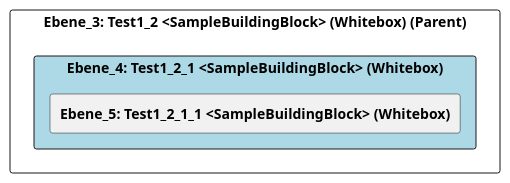
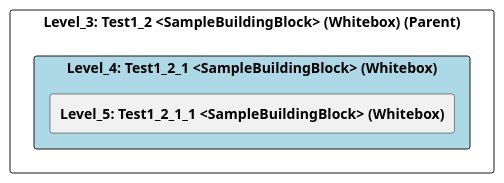
Before and after one commit to marcozwyssig/cleon: the diagram in src/cleon.architecturemethods.arc42.sample/doc/cleon_architecturemethods_arc42_sample_arc42/adoc/de/05_bausteinsicht/chess/test1/test1_2/test1_2_1/ebene_4_test1_2_1.adoc, drawn with PlantUML. The commit also changed other lines of this file and 169 other files, not shown here.

```diff
--- a/src/cleon.architecturemethods.arc42.sample/doc/cleon_architecturemethods_arc42_sample_arc42/adoc/de/05_bausteinsicht/chess/test1/test1_2/test1_2_1/ebene_4_test1_2_1.adoc
+++ b/src/cleon.architecturemethods.arc42.sample/doc/cleon_architecturemethods_arc42_sample_arc42/adoc/de/05_bausteinsicht/chess/test1/test1_2/test1_2_1/ebene_4_test1_2_1.adoc
@@ -24,24 +24,24 @@
-[plantuml, Ebene_4: Test1_2_1 <SampleBuildingBlock> (Whitebox)BlockOverview, format="svg"]
+[plantuml, Level_4: Test1_2_1 <SampleBuildingBlock> (Whitebox)BlockOverview, format="svg"]
 ----
-@startuml Ebene_4: Test1_2_1 <SampleBuildingBlock> (Whitebox)BuildingBlockOverview
+@startuml Level_4: Test1_2_1 <SampleBuildingBlock> (Whitebox)BuildingBlockOverview
 
 skinparam ranksep 10
 skinparam componentStyle rectangle
 skinparam shadowing false
 skinparam arrowColor lightblue
 skinparam arrowThickness 1.2
 skinparam rectangle {
   BackgroundColor White
   BorderColor #333
   RoundCorner 10
 }
 top to bottom direction
 
-component "Ebene_3: Test1_2 <SampleBuildingBlock> (Whitebox) (Parent)" {
-    component "Ebene_4: Test1_2_1 <SampleBuildingBlock> (Whitebox)" #lightblue {
-        [**Ebene_5: Test1_2_1_1 <SampleBuildingBlock> (Whitebox)**] as 7F52B647_D579_11EE_903E_9F564E4DE07E
+component "Level_3: Test1_2 <SampleBuildingBlock> (Whitebox) (Parent)" {
+    component "Level_4: Test1_2_1 <SampleBuildingBlock> (Whitebox)" #lightblue {
+        [**Level_5: Test1_2_1_1 <SampleBuildingBlock> (Whitebox)**] as 7F52B647_D579_11EE_903E_9F564E4DE07E
     }
 }
 
 @enduml
 ----
```
